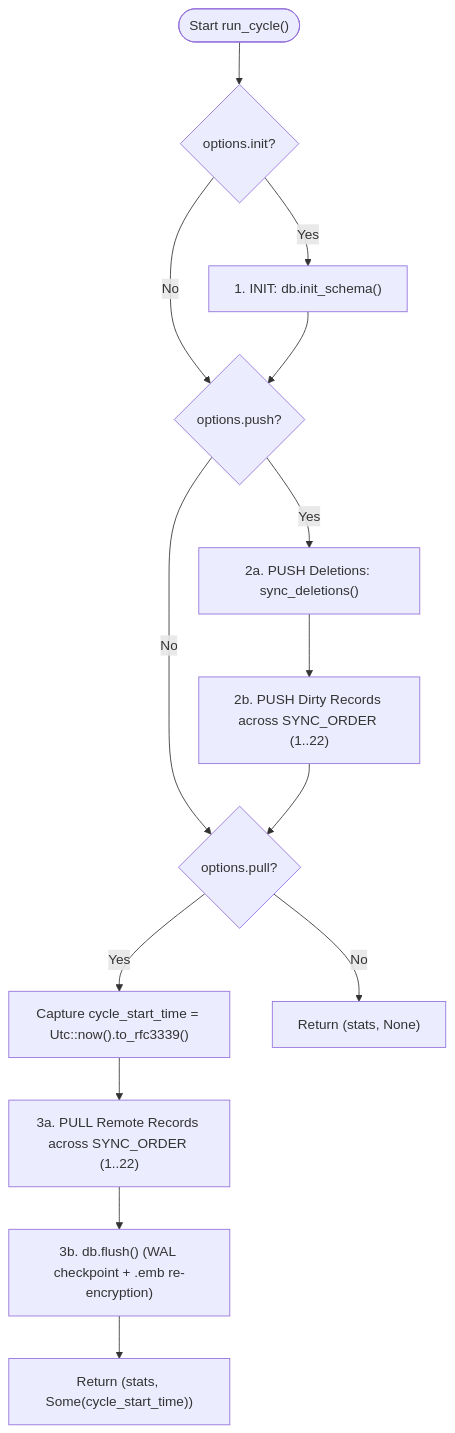
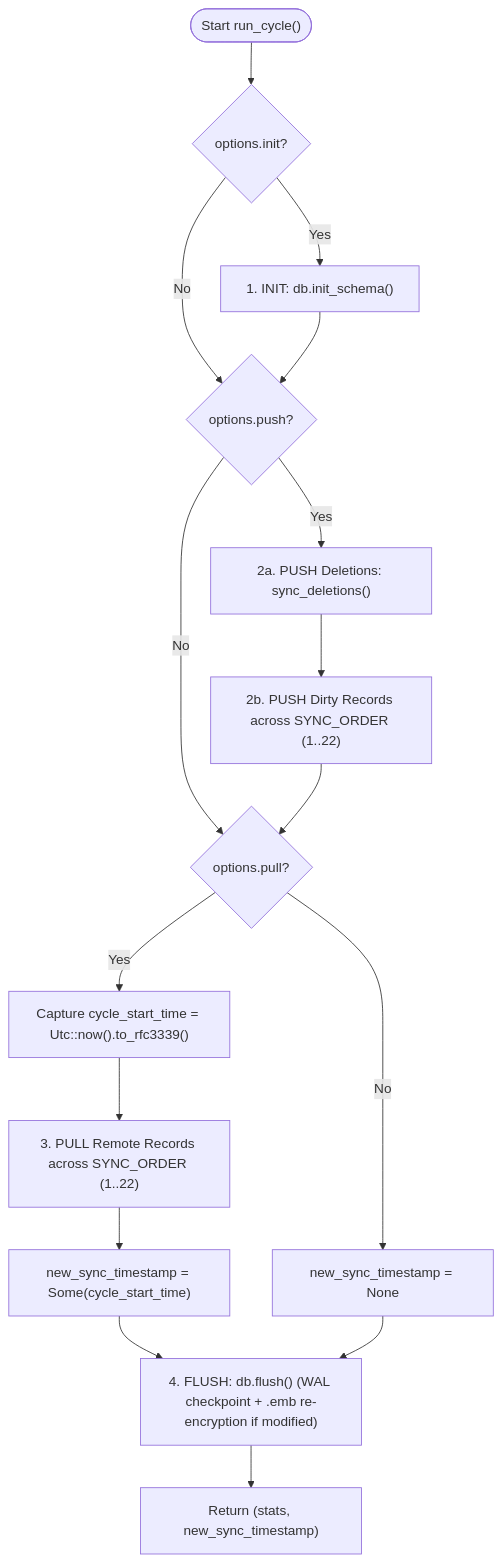
Before and after one commit to moneymanagerex/mmex-sync: the diagram in specs/0-as-is/03-sync-engine.md, drawn with Mermaid. The commit also changed other lines of this file and 21 other files, not shown here.

````diff
--- a/specs/0-as-is/03-sync-engine.md
+++ b/specs/0-as-is/03-sync-engine.md
@@ -59,16 +59,18 @@
 ```mermaid
 flowchart TD
     Start(["Start run_cycle()"]) --> CheckInit{"options.init?"}
     CheckInit -- Yes --> Init["1. INIT: db.init_schema()"]
     CheckInit -- No --> CheckPush{"options.push?"}
     Init --> CheckPush
     CheckPush -- Yes --> PushDel["2a. PUSH Deletions: sync_deletions()"]
     PushDel --> PushTables["2b. PUSH Dirty Records across SYNC_ORDER (1..22)"]
     CheckPush -- No --> CheckPull{"options.pull?"}
     PushTables --> CheckPull
     CheckPull -- Yes --> CaptureTS["Capture cycle_start_time = Utc::now().to_rfc3339()"]
-    CaptureTS --> PullTables["3a. PULL Remote Records across SYNC_ORDER (1..22)"]
-    PullTables --> FlushDB["3b. db.flush() (WAL checkpoint + .emb re-encryption)"]
-    FlushDB --> ReturnTS["Return (stats, Some(cycle_start_time))"]
-    CheckPull -- No --> ReturnNone["Return (stats, None)"]
+    CaptureTS --> PullTables["3. PULL Remote Records across SYNC_ORDER (1..22)"]
+    PullTables --> SetTS["new_sync_timestamp = Some(cycle_start_time)"]
+    CheckPull -- No --> SetNone["new_sync_timestamp = None"]
+    SetTS --> FlushDB["4. FLUSH: db.flush() (WAL checkpoint + .emb re-encryption if modified)"]
+    SetNone --> FlushDB
+    FlushDB --> ReturnRes["Return (stats, new_sync_timestamp)"]
 ```
````
